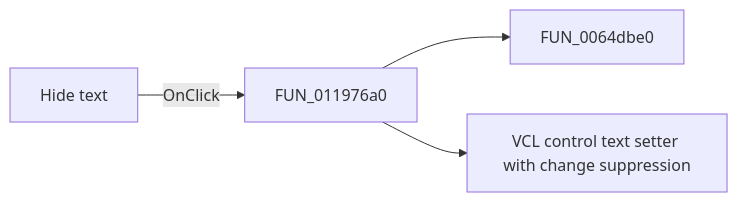
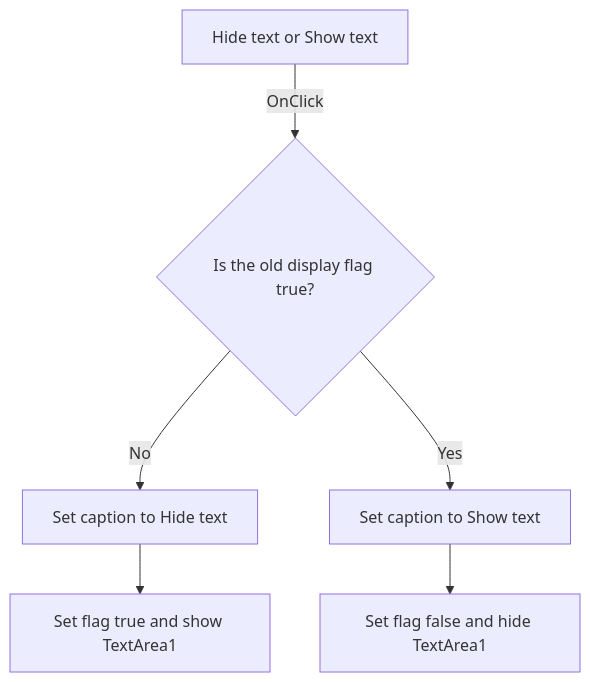
Before and after one commit to MovGP0/TIARA: the diagram in docs/ui-controls/kiiro-form/gomb-f4fa10844c.md, drawn with Mermaid. The commit also changed other lines of this file and 387 other files, not shown here.

````diff
--- a/docs/ui-controls/kiiro-form/gomb-f4fa10844c.md
+++ b/docs/ui-controls/kiiro-form/gomb-f4fa10844c.md
@@ -27,6 +43,8 @@
 ```mermaid
-flowchart LR
-    control["Hide text"] -->|OnClick| handler["FUN_011976a0"]
-    handler --> call1["FUN_0064dbe0"]
-    handler --> call2["VCL control text setter with change suppression"]
+flowchart TD
+    control["Hide text or Show text"] -->|OnClick| oldState{"Is the old display flag true?"}
+    oldState -->|No| showCaption["Set caption to Hide text"]
+    showCaption --> showText["Set flag true and show TextArea1"]
+    oldState -->|Yes| hideCaption["Set caption to Show text"]
+    hideCaption --> hideText["Set flag false and hide TextArea1"]
 ```
````
